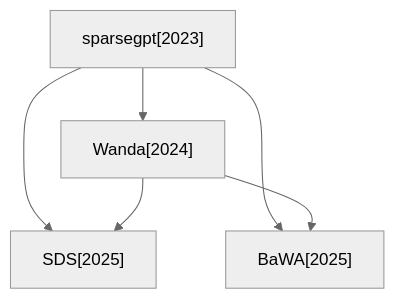
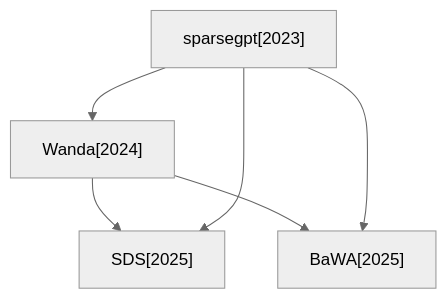
The second of 4 diagrams in docs/baseline_methods_graph.md (hustzxd/EfficientPaper), drawn with Mermaid (neutral theme) before and after one commit. The commit also changed other lines of this file and 24 other files, not shown here.

````diff
--- a/docs/baseline_methods_graph.md
+++ b/docs/baseline_methods_graph.md
@@ -29,12 +29,12 @@
 ```mermaid
 flowchart TD
+    2024_Wanda["Wanda[2024]"]
+    2025_SDS["SDS[2025]"]
     2023_sparsegpt["sparsegpt[2023]"]
-    2025_SDS["SDS[2025]"]
-    2024_Wanda["Wanda[2024]"]
     2025_BaWA["BaWA[2025]"]
+    2024_Wanda --> 2025_SDS
+    2024_Wanda --> 2025_BaWA
     2023_sparsegpt --> 2025_SDS
     2023_sparsegpt --> 2025_BaWA
     2023_sparsegpt --> 2024_Wanda
-    2024_Wanda --> 2025_SDS
-    2024_Wanda --> 2025_BaWA
 ```
````
